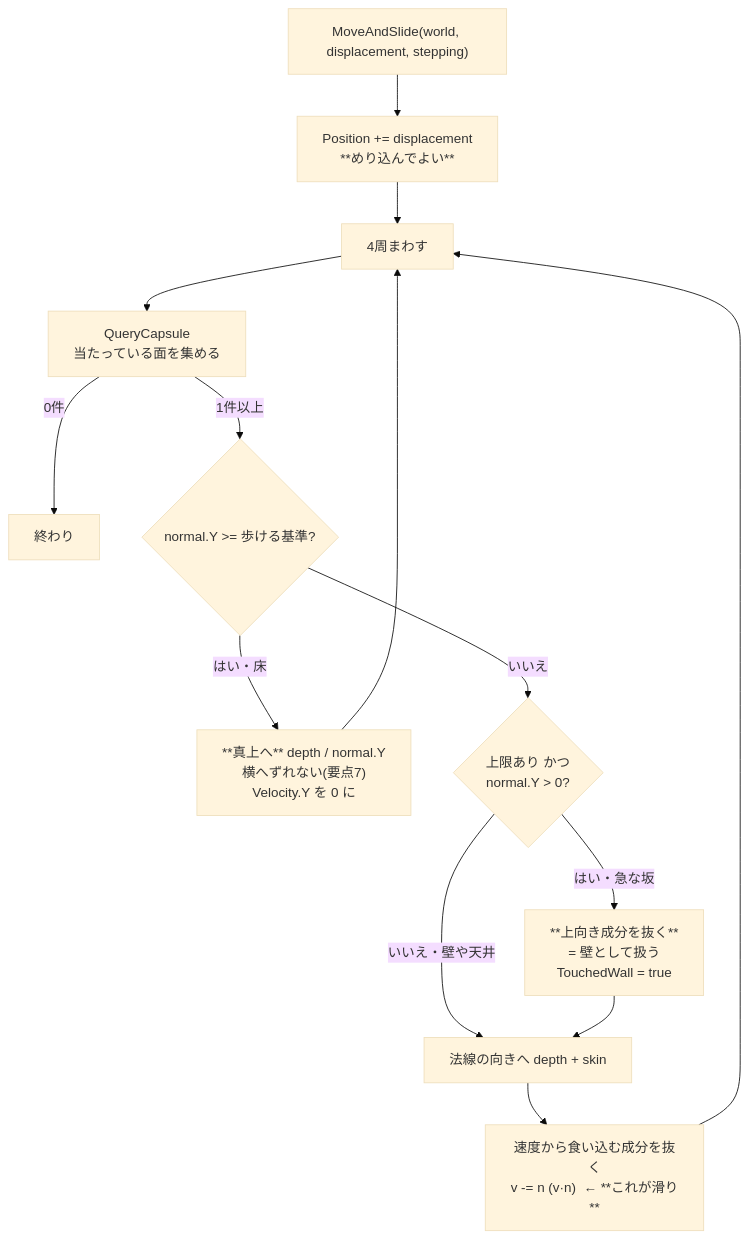
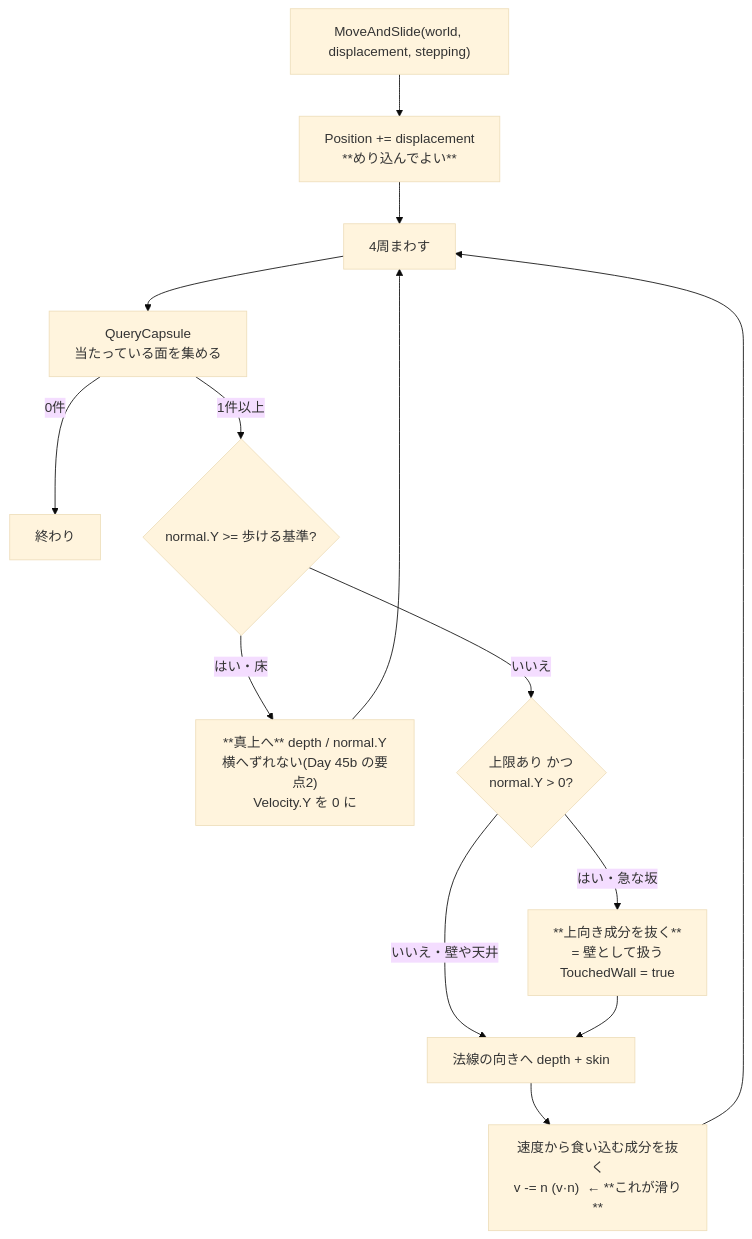
Diagram 15 of 53 in docs/plans/Day46.md (honyax/honya-game-engine), drawn with Mermaid (base theme) before and after one commit. The commit also changed other lines of this file and 329 other files, not shown here.

````diff
--- a/docs/plans/Day46.md
+++ b/docs/plans/Day46.md
@@ -2537,19 +2537,19 @@
 ```mermaid
 flowchart TD
     S["MoveAndSlide(world, displacement, stepping)"] --> P["Position += displacement<br/>**めり込んでよい**"]
     P --> L["4周まわす"]
     L --> Q["QueryCapsule<br/>当たっている面を集める"]
     Q -->|0件| OUT["終わり"]
     Q -->|1件以上| C{"normal.Y >= 歩ける基準?"}
 
-    C -->|はい・床| U["**真上へ** depth / normal.Y<br/>横へずれない(要点7)<br/>Velocity.Y を 0 に"]
+    C -->|はい・床| U["**真上へ** depth / normal.Y<br/>横へずれない(Day 45b の要点2)<br/>Velocity.Y を 0 に"]
     C -->|いいえ| SL{"上限あり かつ<br/>normal.Y > 0?"}
 
     SL -->|はい・急な坂| CL["**上向き成分を抜く**<br/>= 壁として扱う<br/>TouchedWall = true"]
     SL -->|いいえ・壁や天井| N
     CL --> N["法線の向きへ depth + skin"]
     N --> VS["速度から食い込む成分を抜く<br/>v -= n (v·n)  ← **これが滑り**"]
 
     U --> L
     VS --> L
 ```
````
